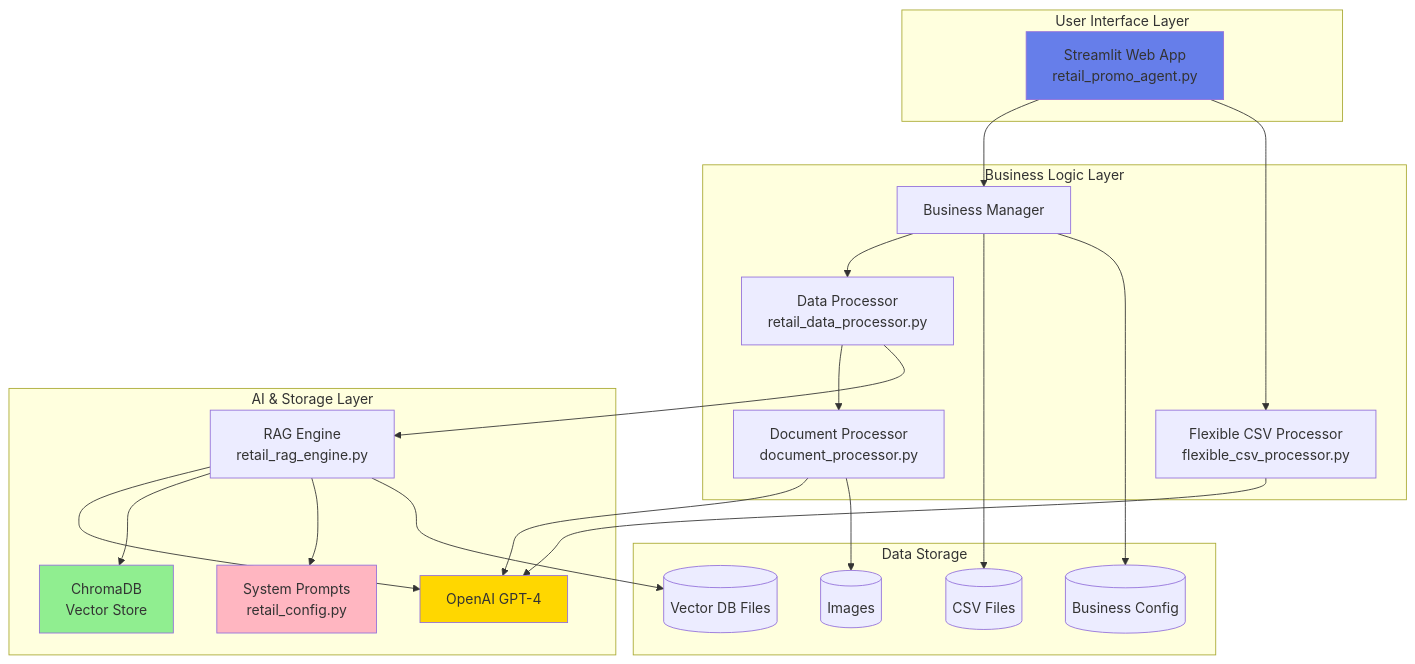
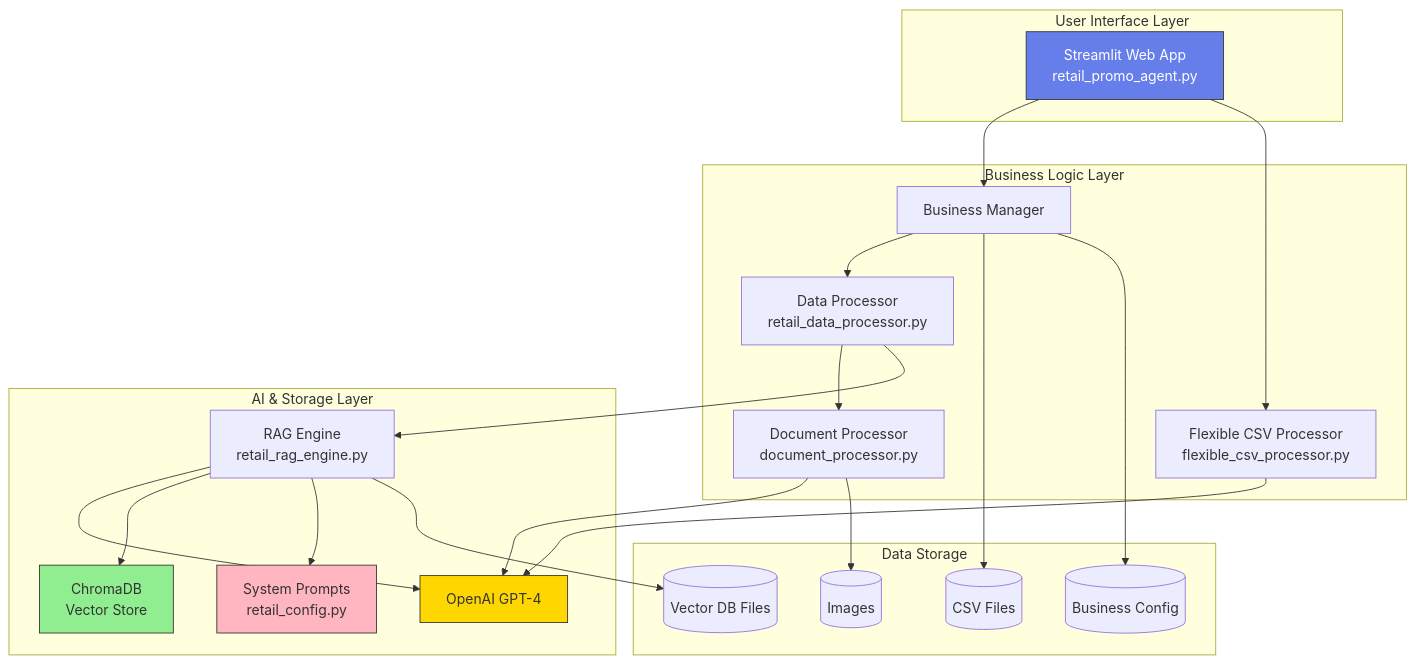
One commit to vagishjaiswal/21Nov25 changed the first of 5 diagrams in promotional_agent/EXPLAIN.md. Above: the diagram before and after it, drawn with Mermaid. The commit also changed other lines of this file and 11 other files, not shown here.

````diff
--- a/promotional_agent/EXPLAIN.md
+++ b/promotional_agent/EXPLAIN.md
@@ -30,47 +30,47 @@
 ```mermaid
 graph TB
     subgraph "User Interface Layer"
         A[Streamlit Web App<br/>retail_promo_agent.py]
     end
     
     subgraph "Business Logic Layer"
         B[Business Manager]
         C[Flexible CSV Processor<br/>flexible_csv_processor.py]
         D[Data Processor<br/>retail_data_processor.py]
         E[Document Processor<br/>document_processor.py]
     end
     
     subgraph "AI & Storage Layer"
         F[RAG Engine<br/>retail_rag_engine.py]
         G[OpenAI GPT-4]
         H[ChromaDB<br/>Vector Store]
         I[System Prompts<br/>retail_config.py]
     end
     
     subgraph "Data Storage"
         J[(CSV Files)]
         K[(Business Config)]
         L[(Images)]
         M[(Vector DB Files)]
     end
     
     A --> B
     A --> C
     B --> D
     C --> G
     D --> E
     D --> F
     E --> G
     F --> G
     F --> H
     F --> I
     B --> J
     B --> K
     E --> L
     F --> M
     
-    style A fill:#667eea
-    style G fill:#ffd700
-    style H fill:#90EE90
-    style I fill:#FFB6C1
+    style A fill:#667eea,stroke:#333,color:#fff
+    style G fill:#ffd700,stroke:#333,color:#333
+    style H fill:#90EE90,stroke:#333,color:#333
+    style I fill:#FFB6C1,stroke:#333,color:#333
 ```
````
